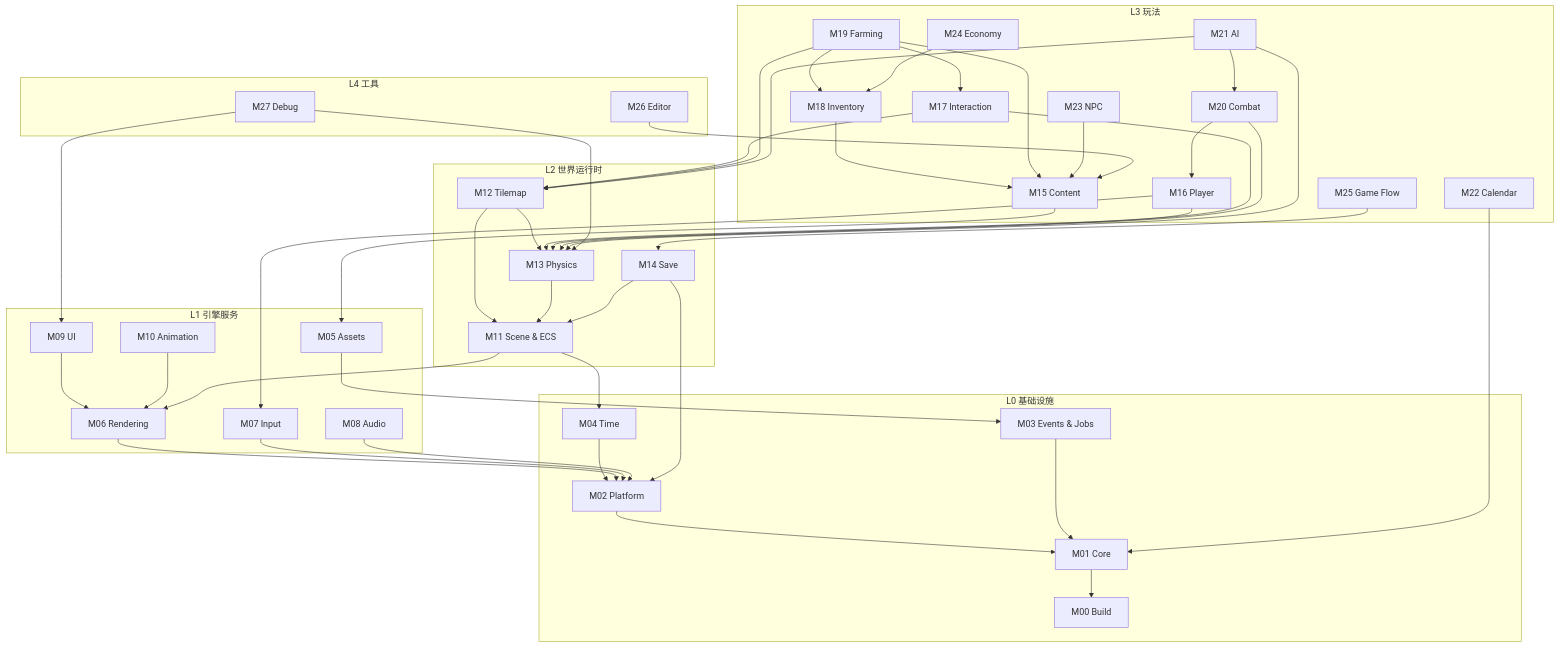
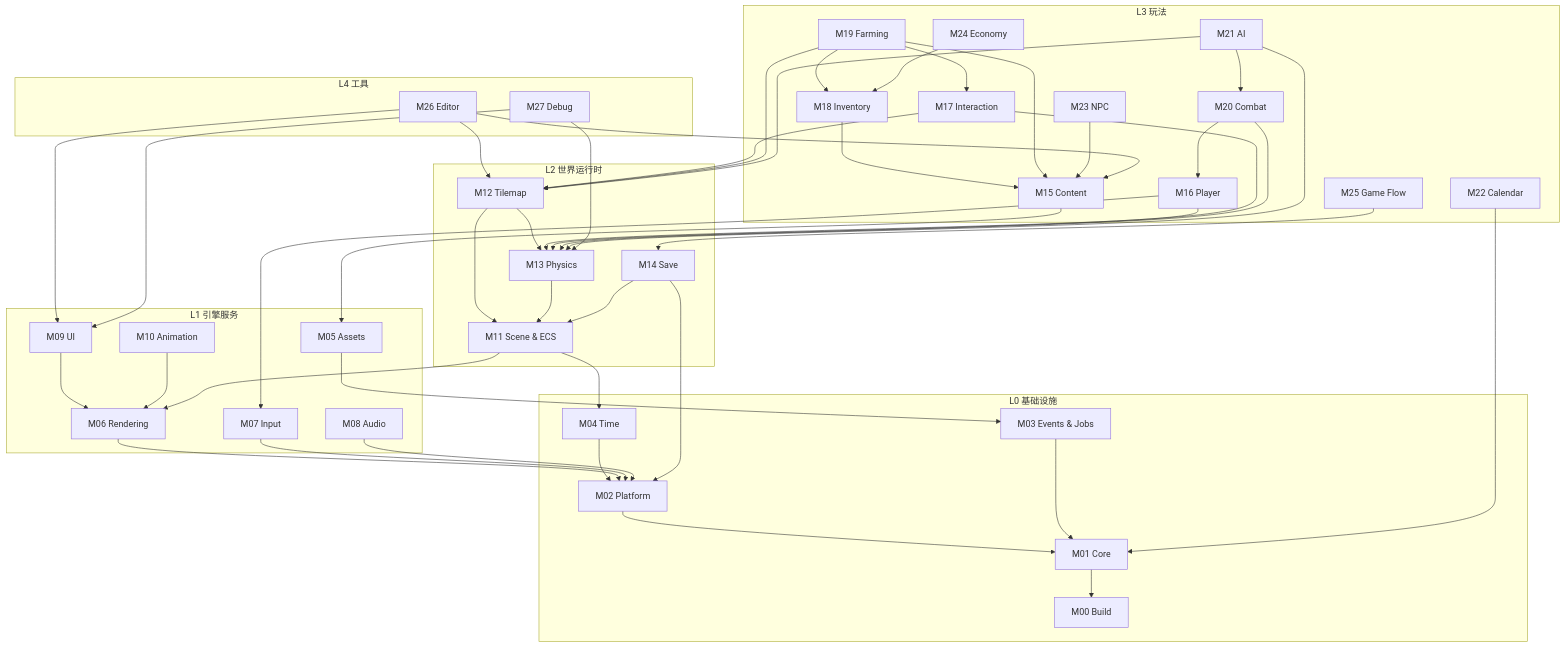
One commit to Narciostyx/Florian-s-Adventure changed the diagram in docs/architecture/module-map.md. Above: the diagram before and after it, drawn with Mermaid. The commit also changed other lines of this file and 24 other files, not shown here.

````diff
--- a/docs/architecture/module-map.md
+++ b/docs/architecture/module-map.md
@@ -40,80 +40,82 @@
 ```mermaid
 flowchart TB
   subgraph L0[L0 基础设施]
     M00[M00 Build]
     M01[M01 Core]
     M02[M02 Platform]
     M03[M03 Events & Jobs]
     M04[M04 Time]
   end
   subgraph L1[L1 引擎服务]
     M05[M05 Assets]
     M06[M06 Rendering]
     M07[M07 Input]
     M08[M08 Audio]
     M09[M09 UI]
     M10[M10 Animation]
   end
   subgraph L2[L2 世界运行时]
     M11[M11 Scene & ECS]
     M12[M12 Tilemap]
     M13[M13 Physics]
     M14[M14 Save]
   end
   subgraph L3[L3 玩法]
     M15[M15 Content]
     M16[M16 Player]
     M17[M17 Interaction]
     M18[M18 Inventory]
     M19[M19 Farming]
     M20[M20 Combat]
     M21[M21 AI]
     M22[M22 Calendar]
     M23[M23 NPC]
     M24[M24 Economy]
     M25[M25 Game Flow]
   end
   subgraph L4[L4 工具]
     M26[M26 Editor]
     M27[M27 Debug]
   end
   M01 --> M00
   M02 --> M01
   M03 --> M01
   M04 --> M02
   M05 --> M03
   M06 --> M02
   M07 --> M02
   M08 --> M02
   M09 --> M06
   M10 --> M06
   M11 --> M04
   M11 --> M06
   M12 --> M11
   M12 --> M13
   M13 --> M11
   M14 --> M02
   M14 --> M11
   M15 --> M05
   M16 --> M07
   M16 --> M13
   M17 --> M12
   M17 --> M13
   M18 --> M15
   M19 --> M12
   M19 --> M15
   M19 --> M17
   M19 --> M18
   M20 --> M13
   M20 --> M16
   M21 --> M12
   M21 --> M13
   M21 --> M20
   M22 --> M01
   M23 --> M15
   M24 --> M18
   M25 --> M14
-  M26 --> M15
+ M26 --> M09
+ M26 --> M12
+ M26 --> M15
  M27 --> M09
  M27 --> M13
 ```
````
